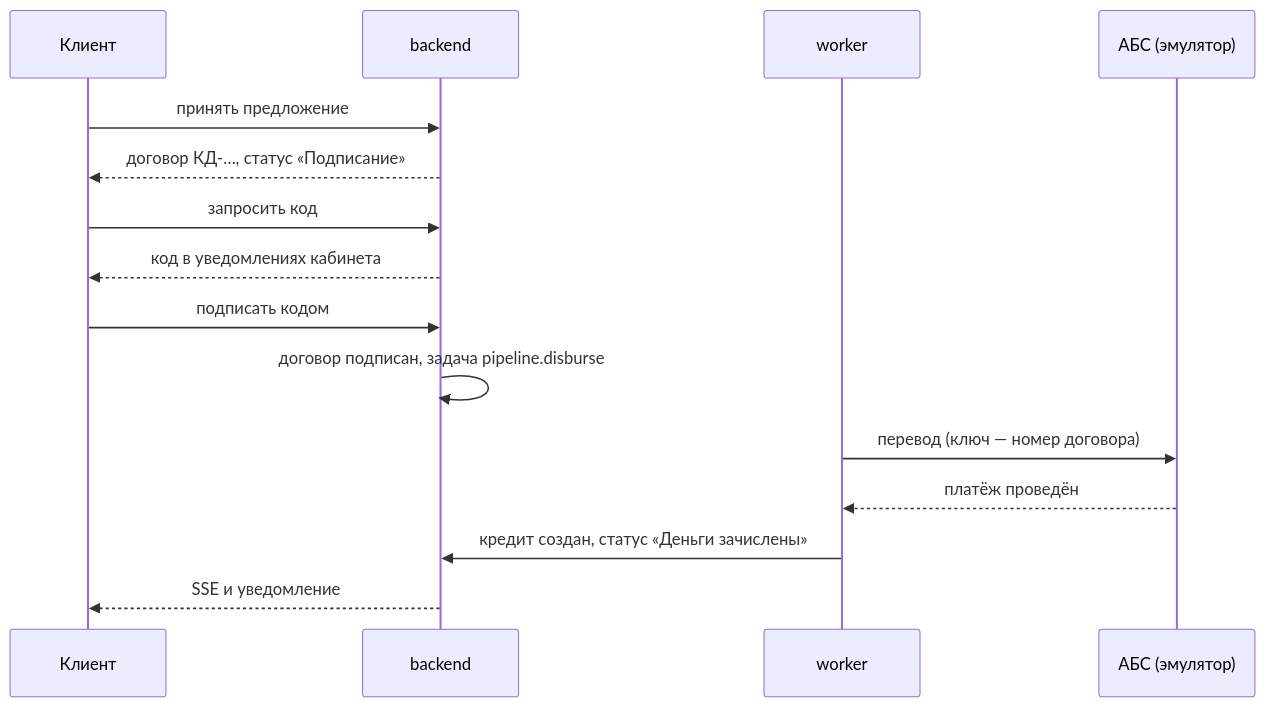
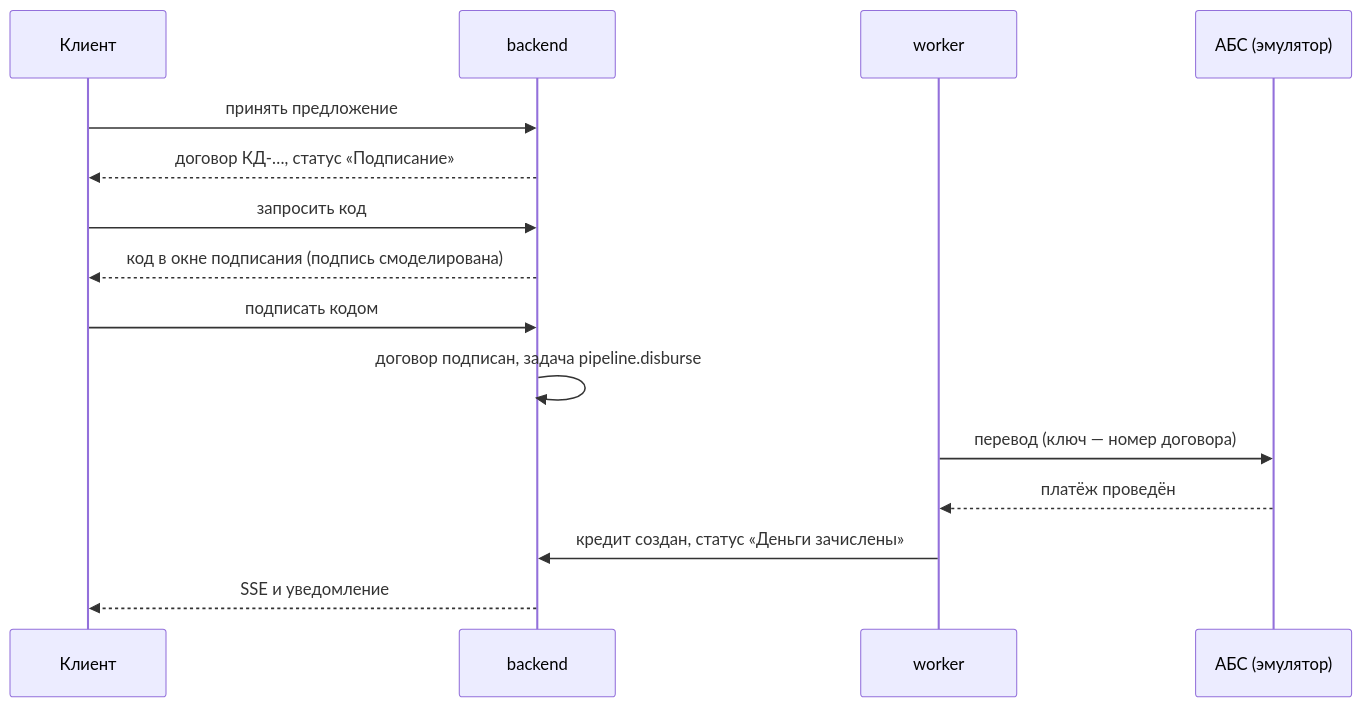
One commit to MrFerrumL/alpha-smart-credit-cabinet changed the third of 3 diagrams in docs/architecture.md. Above: the diagram before and after it, drawn with Mermaid. The commit also changed other lines of this file and 22 other files, not shown here.

````diff
--- a/docs/architecture.md
+++ b/docs/architecture.md
@@ -109,17 +119,17 @@
 ```mermaid
 sequenceDiagram
     participant C as Клиент
     participant API as backend
     participant W as worker
     participant ABS as АБС (эмулятор)
     C->>API: принять предложение
     API-->>C: договор КД-…, статус «Подписание»
     C->>API: запросить код
-    API-->>C: код в уведомлениях кабинета
+    API-->>C: код в окне подписания (подпись смоделирована)
     C->>API: подписать кодом
     API->>API: договор подписан, задача pipeline.disburse
     W->>ABS: перевод (ключ — номер договора)
     ABS-->>W: платёж проведён
     W->>API: кредит создан, статус «Деньги зачислены»
     API-->>C: SSE и уведомление
 ```
````
